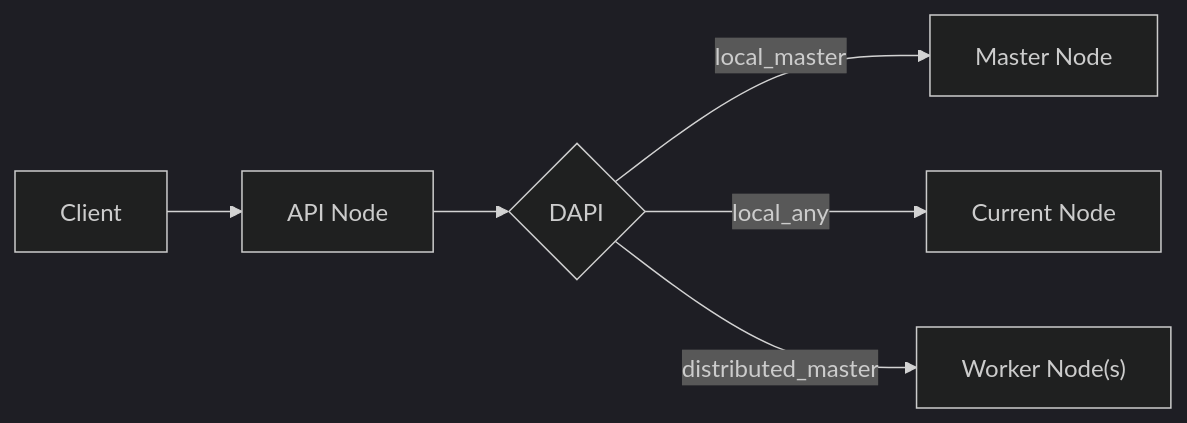
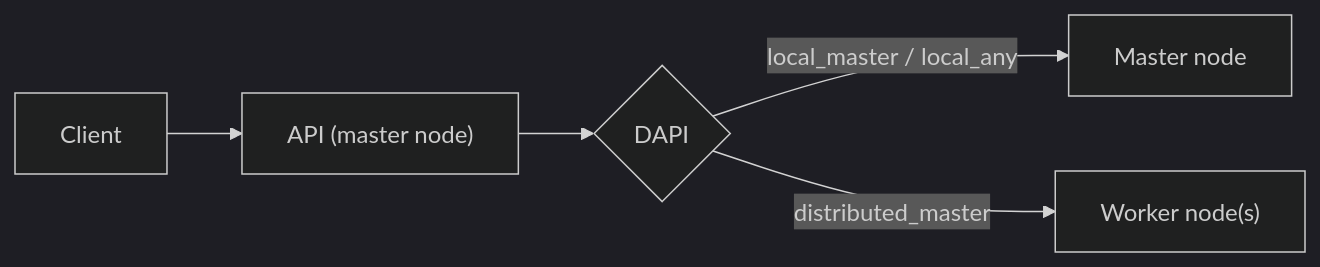
The second of 2 diagrams in docs/ref/modules/server-api/architecture.md (wazuh/wazuh), drawn with Mermaid (dark theme) before and after one commit. The commit also changed other lines of this file and 232 other files, not shown here.

````diff
--- a/docs/ref/modules/server-api/architecture.md
+++ b/docs/ref/modules/server-api/architecture.md
@@ -247,8 +258,7 @@
 ```mermaid
 graph LR
-    A["Client"] --> B["API Node"]
+    A["Client"] --> B["API (master node)"]
     B --> C{"DAPI"}
-    C -->|local_master| D["Master Node"]
-    C -->|local_any| E["Current Node"]
-    C -->|distributed_master| F["Worker Node(s)"]
+    C -->|local_master / local_any| D["Master node"]
+    C -->|distributed_master| F["Worker node(s)"]
 ```
````
